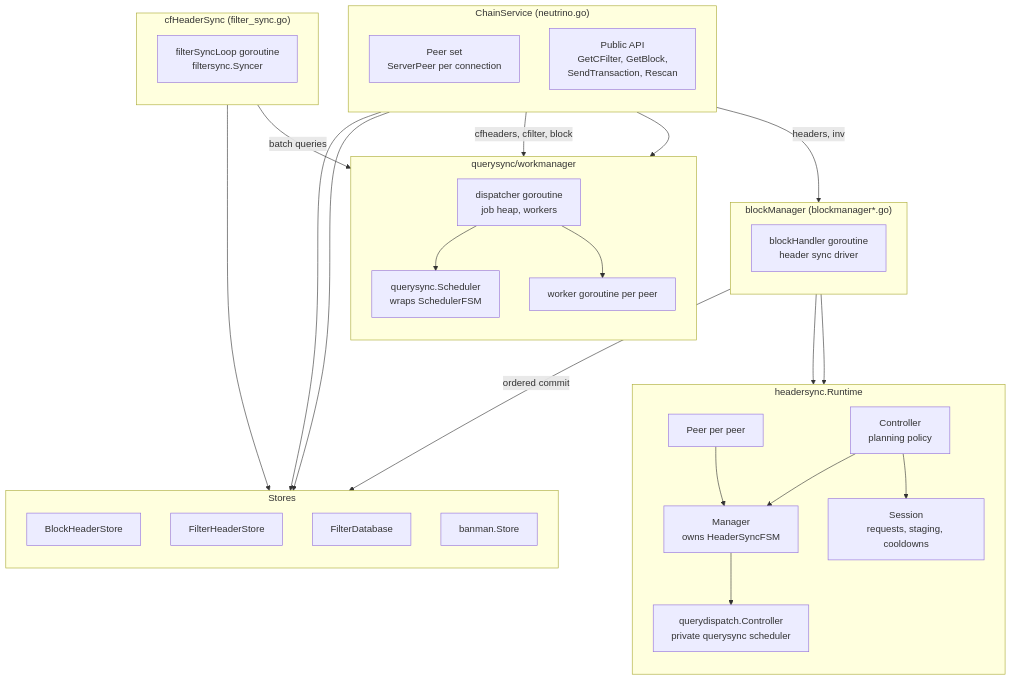
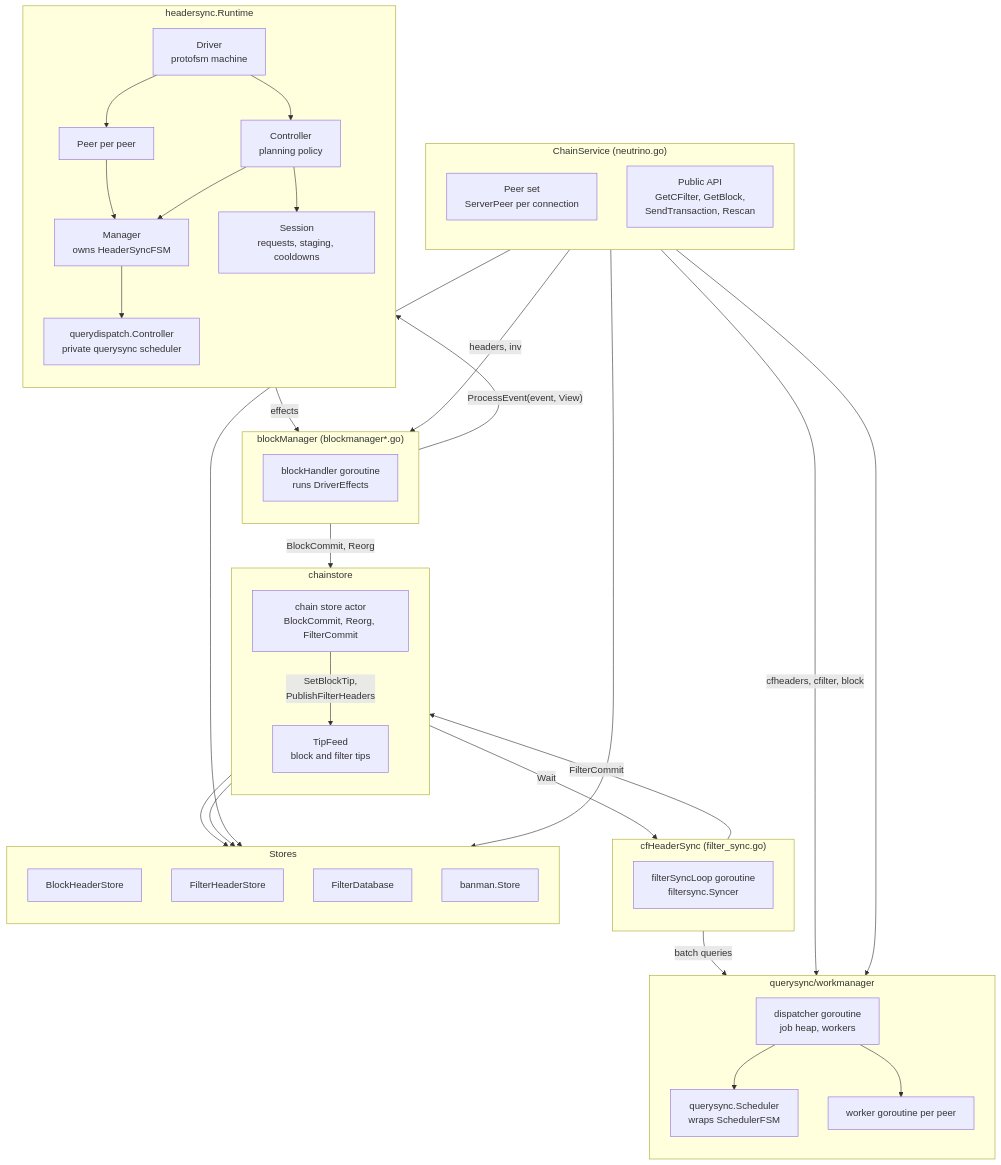
Before and after one commit to lightninglabs/neutrino: the first of 9 diagrams in docs/sync-architecture.md, drawn with Mermaid. The commit also changed other lines of this file and 4 other files, not shown here.

First line of the commit message:
docs: add headersync, chainstore and filtersync architecture docs

````diff
--- a/docs/sync-architecture.md
+++ b/docs/sync-architecture.md
@@ -22,59 +38,72 @@
 ```mermaid
 flowchart TB
     subgraph CS["ChainService (neutrino.go)"]
         direction TB
         peers["Peer set<br/>ServerPeer per connection"]
         api["Public API<br/>GetCFilter, GetBlock,<br/>SendTransaction, Rescan"]
     end
 
     subgraph BM["blockManager (blockmanager*.go)"]
         direction TB
-        bh["blockHandler goroutine<br/>header sync driver"]
+        bh["blockHandler goroutine<br/>runs DriverEffects"]
+    end
+
+    subgraph CST["chainstore"]
+        direction TB
+        csa["chain store actor<br/>BlockCommit, Reorg, FilterCommit"]
+        feed["TipFeed<br/>block and filter tips"]
     end
 
     subgraph CF["cfHeaderSync (filter_sync.go)"]
         direction TB
         cfh["filterSyncLoop goroutine<br/>filtersync.Syncer"]
     end
 
     subgraph HS["headersync.Runtime"]
         direction TB
+        drv["Driver<br/>protofsm machine"]
         ctl["Controller<br/>planning policy"]
         sess["Session<br/>requests, staging, cooldowns"]
         mgr["Manager<br/>owns HeaderSyncFSM"]
         pa["Peer per peer"]
         qd["querydispatch.Controller<br/>private querysync scheduler"]
     end
 
     subgraph QS["querysync/workmanager"]
         direction TB
         disp["dispatcher goroutine<br/>job heap, workers"]
         qsched["querysync.Scheduler<br/>wraps SchedulerFSM"]
         wk["worker goroutine per peer"]
     end
 
     subgraph ST["Stores"]
         direction TB
         bhs["BlockHeaderStore"]
         fhs["FilterHeaderStore"]
         fdb["FilterDatabase"]
         ban["banman.Store"]
     end
 
     peers -- "headers, inv" --> bh
     peers -- "cfheaders, cfilter, block" --> wk
     api --> disp
-    bh --> ctl
+    bh -- "ProcessEvent(event, View)" --> drv
+    drv -- "effects" --> bh
+    drv --> ctl
     ctl --> mgr
     ctl --> sess
-    bh --> pa
+    drv --> pa
     pa --> mgr
     mgr --> qd
-    bh -- "ordered commit" --> bhs
+    bh -- "BlockCommit, Reorg" --> csa
+    cfh -- "FilterCommit" --> csa
+    csa --> bhs
+    csa --> fhs
+    csa -- "SetBlockTip,<br/>PublishFilterHeaders" --> feed
+    feed -- "Wait" --> cfh
     cfh -- "batch queries" --> disp
-    cfh --> fhs
     disp --> qsched
     disp --> wk
     api --> fdb
     CS --> ban
 ```
````
